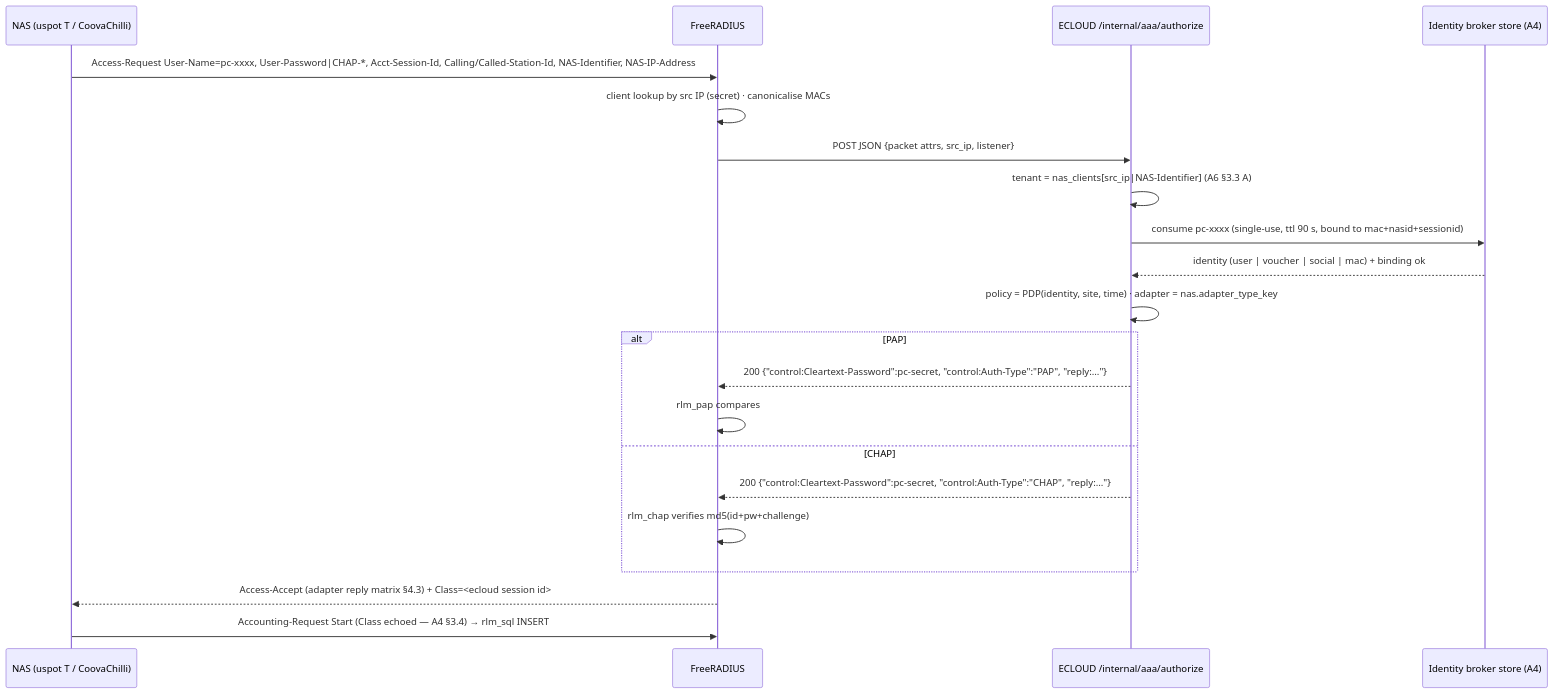
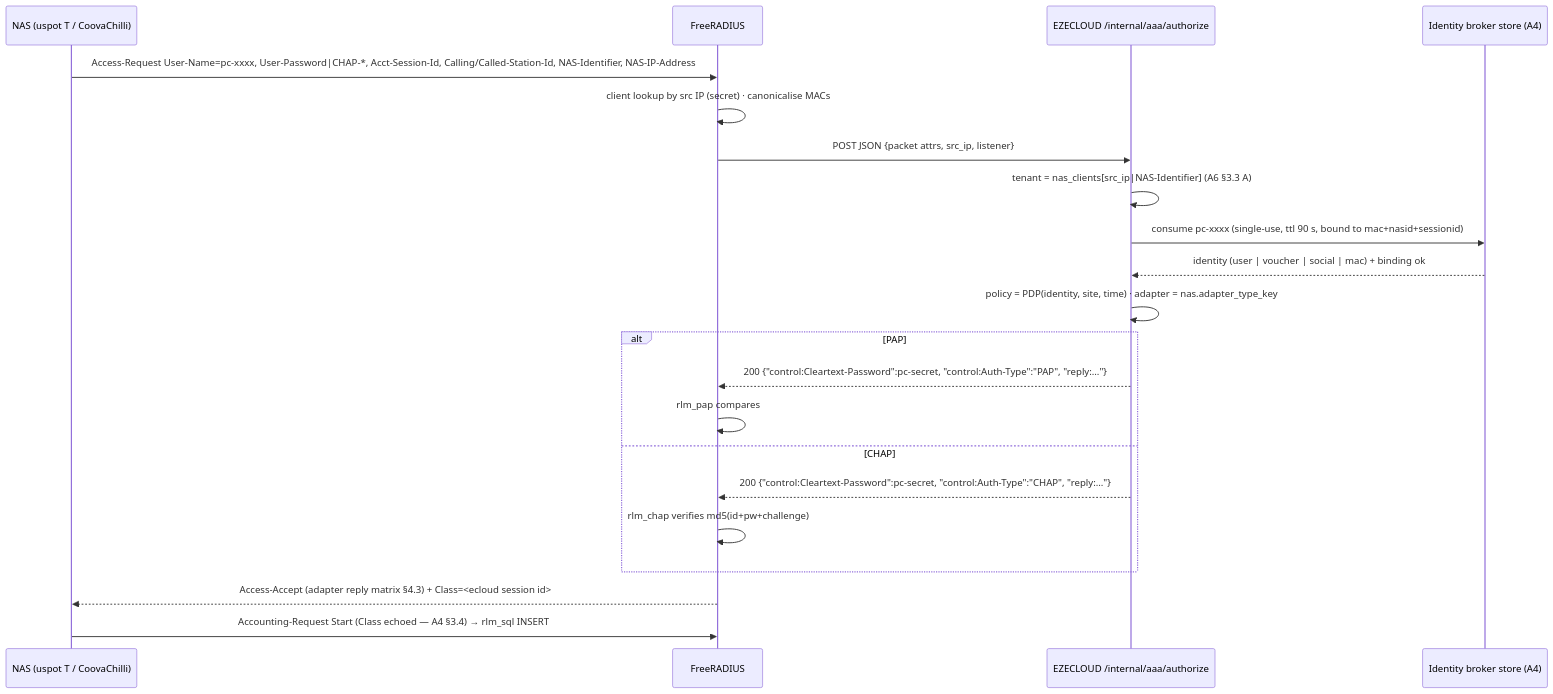
Before and after one commit to dannymagat/ecloud: the second of 4 diagrams in AAA_ARCHITECTURE.md, drawn with Mermaid. The commit also changed other lines of this file and 211 other files, not shown here.

First line of the commit message:
Rename product name ECLOUD to EZECLOUD in text, UI and docs

````diff
--- a/AAA_ARCHITECTURE.md
+++ b/AAA_ARCHITECTURE.md
@@ -72,23 +72,23 @@
 ```mermaid
 sequenceDiagram
   participant N as NAS (uspot T / CoovaChilli)
   participant F as FreeRADIUS
-  participant E as ECLOUD /internal/aaa/authorize
+  participant E as EZECLOUD /internal/aaa/authorize
   participant B as Identity broker store (A4)
   N->>F: Access-Request User-Name=pc-xxxx, User-Password|CHAP-*, Acct-Session-Id, Calling/Called-Station-Id, NAS-Identifier, NAS-IP-Address
   F->>F: client lookup by src IP (secret) · canonicalise MACs
   F->>E: POST JSON {packet attrs, src_ip, listener}
   E->>E: tenant = nas_clients[src_ip|NAS-Identifier] (A6 §3.3 A)
   E->>B: consume pc-xxxx (single-use, ttl 90 s, bound to mac+nasid+sessionid)
   B-->>E: identity (user | voucher | social | mac) + binding ok
   E->>E: policy = PDP(identity, site, time) · adapter = nas.adapter_type_key
   alt PAP
     E-->>F: 200 {"control:Cleartext-Password":pc-secret, "control:Auth-Type":"PAP", "reply:…"}
     F->>F: rlm_pap compares
   else CHAP
     E-->>F: 200 {"control:Cleartext-Password":pc-secret, "control:Auth-Type":"CHAP", "reply:…"}
     F->>F: rlm_chap verifies md5(id+pw+challenge)
   end
   F-->>N: Access-Accept (adapter reply matrix §4.3) + Class=<ecloud session id>
   N->>F: Accounting-Request Start (Class echoed — A4 §3.4) → rlm_sql INSERT
 ```
````
